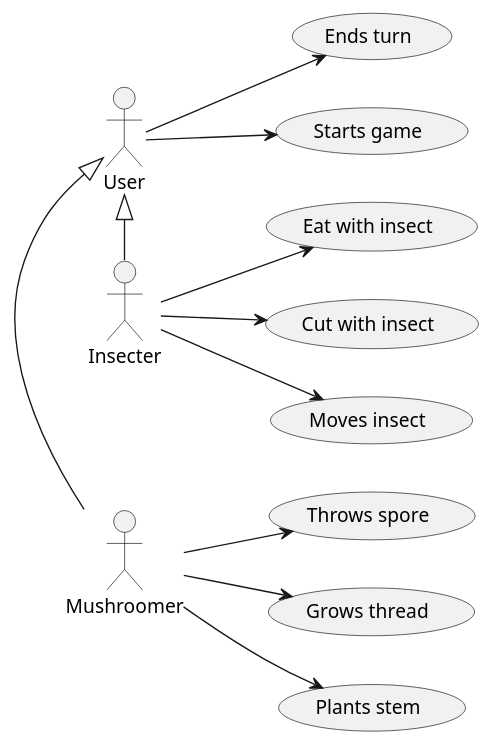
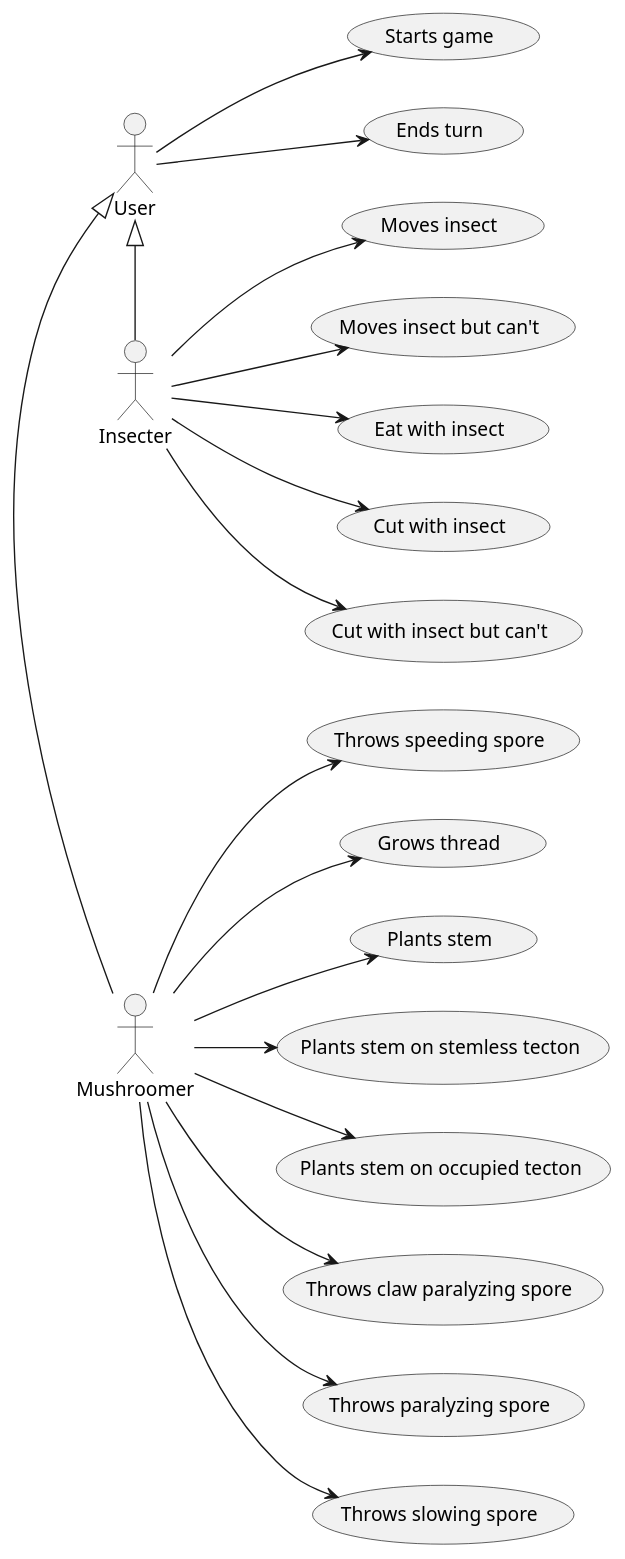
Before and after one commit to Petya-G/fungorium: the diagram in 5/usecase/uc.puml, drawn with PlantUML.

Commit message:
new use-cases

```diff
--- a/5/usecase/uc.puml
+++ b/5/usecase/uc.puml
@@ -1,19 +1,26 @@
 @startuml player
 
 Mushroomer -left-|> User
 Insecter -left-|> User
 
 left to right direction
 User --> (Ends turn)
 User --> (Starts game)
 
 Mushroomer --> (Plants stem)
+Mushroomer --> (Plants stem on stemless tecton)
+Mushroomer --> (Plants stem on occupied tecton)
 'Mushroomer --> (Levels up stem)
-Mushroomer --> (Throws spore)
+Mushroomer --> (Throws claw paralyzing spore)
+Mushroomer --> (Throws paralyzing spore)
+Mushroomer --> (Throws slowing spore)
+Mushroomer --> (Throws speeding spore)
 Mushroomer --> (Grows thread)
 
 Insecter --> (Moves insect)
+Insecter --> (Moves insect but can't)
 Insecter --> (Eat with insect)
 Insecter --> (Cut with insect)
+Insecter --> (Cut with insect but can't)
 
 @enduml
```
